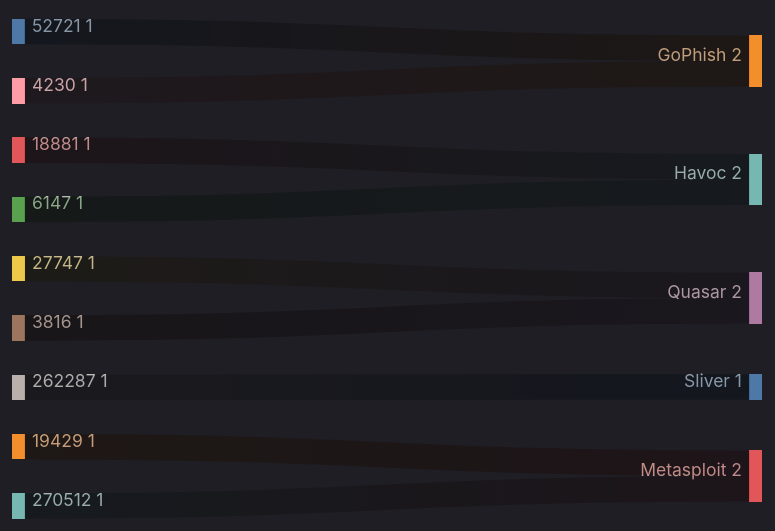
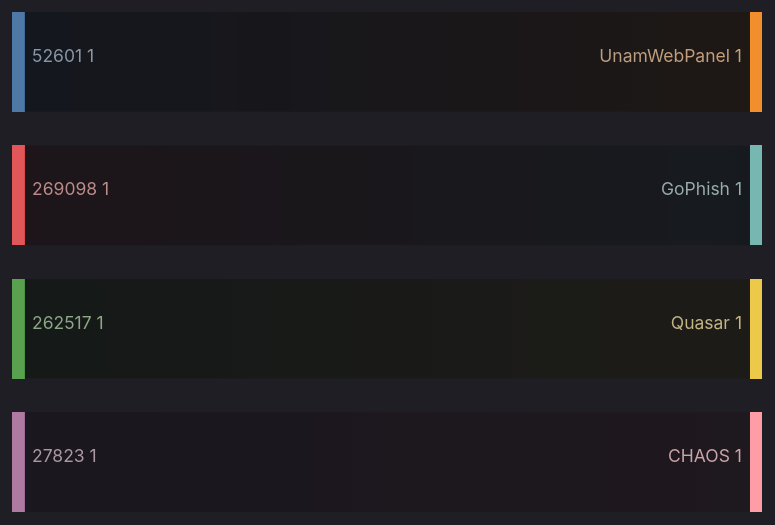
One commit to ZoqueLabs/website changed the eighth of 8 diagrams in zolim.md. Above: the diagram before and after it, drawn with Mermaid. The commit also changed other lines of this file, not shown here.

````diff
--- a/zolim.md
+++ b/zolim.md
@@ -235,17 +233,12 @@
 ```mermaid
 ---
 config:
   theme: dark
 ---
 %% Δ ASN → Threat (new edges)
 sankey-beta
-  52721,GoPhish,1
-  18881,Havoc,1
-  6147,Havoc,1
-  27747,Quasar,1
-  4230,GoPhish,1
-  3816,Quasar,1
-  262287,Sliver,1
-  19429,Metasploit,1
-  270512,Metasploit,1
+  52601,UnamWebPanel,1
+  269098,GoPhish,1
+  262517,Quasar,1
+  27823,CHAOS,1
 ```
````
